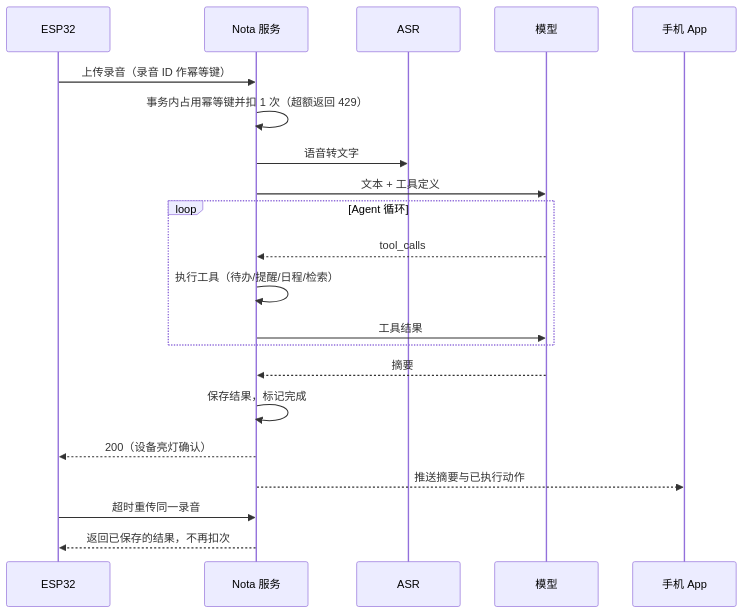
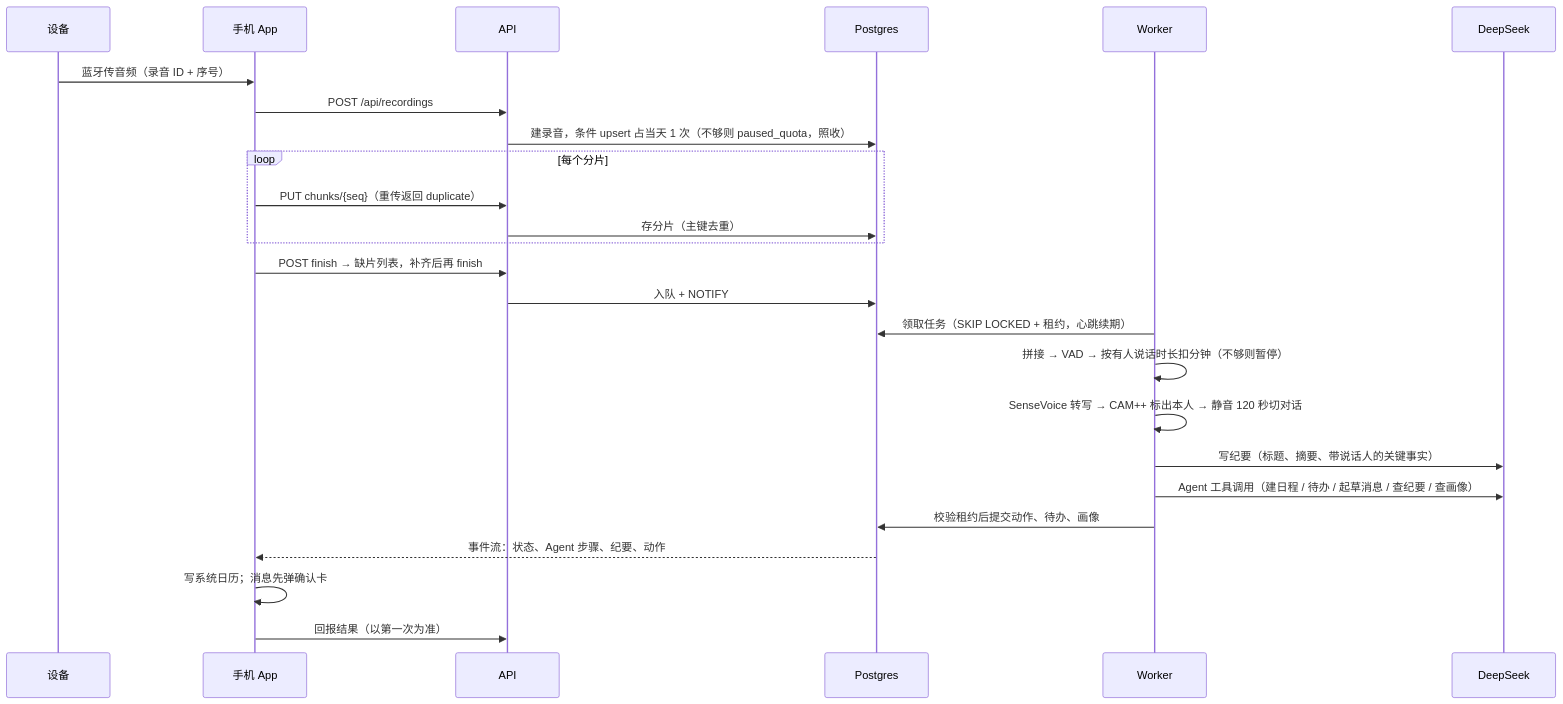
One commit to ssynb/nota changed the second of 2 diagrams in README.md. Above: the diagram before and after it, drawn with Mermaid. The commit also changed other lines of this file and 51 other files, not shown here.

Commit message:
feat(nota-v2): Python 后端（分片幂等、Postgres 队列与租约、VAD/SenseVoice/CAM++、纪要、Agent、画像、三本账）、网页、设备模拟器、分环节评估；移除旧 Node 实现

````diff
--- a/README.md
+++ b/README.md
@@ -88,23 +73,27 @@
 ```mermaid
 sequenceDiagram
-  participant D as ESP32
-  participant S as Nota 服务
-  participant A as ASR
-  participant L as 模型
+  participant D as 设备
   participant P as 手机 App
-  D->>S: 上传录音（录音 ID 作幂等键）
-  S->>S: 事务内占用幂等键并扣 1 次（超额返回 429）
-  S->>A: 语音转文字
-  S->>L: 文本 + 工具定义
-  loop Agent 循环
-    L-->>S: tool_calls
-    S->>S: 执行工具（待办/提醒/日程/检索）
-    S->>L: 工具结果
+  participant A as API
+  participant DB as Postgres
+  participant W as Worker
+  participant L as DeepSeek
+  D->>P: 蓝牙传音频（录音 ID + 序号）
+  P->>A: POST /api/recordings
+  A->>DB: 建录音，条件 upsert 占当天 1 次（不够则 paused_quota，照收）
+  loop 每个分片
+    P->>A: PUT chunks/{seq}（重传返回 duplicate）
+    A->>DB: 存分片（主键去重）
   end
-  L-->>S: 摘要
-  S->>S: 保存结果，标记完成
-  S-->>D: 200（设备亮灯确认）
-  S-->>P: 推送摘要与已执行动作
-  D->>S: 超时重传同一录音
-  S-->>D: 返回已保存的结果，不再扣次
+  P->>A: POST finish → 缺片列表，补齐后再 finish
+  A->>DB: 入队 + NOTIFY
+  W->>DB: 领取任务（SKIP LOCKED + 租约，心跳续期）
+  W->>W: 拼接 → VAD → 按有人说话时长扣分钟（不够则暂停）
+  W->>W: SenseVoice 转写 → CAM++ 标出本人 → 静音 120 秒切对话
+  W->>L: 写纪要（标题、摘要、带说话人的关键事实）
+  W->>L: Agent 工具调用（建日程 / 待办 / 起草消息 / 查纪要 / 查画像）
+  W->>DB: 校验租约后提交动作、待办、画像
+  DB-->>P: 事件流：状态、Agent 步骤、纪要、动作
+  P->>P: 写系统日历；消息先弹确认卡
+  P->>A: 回报结果（以第一次为准）
 ```
````
